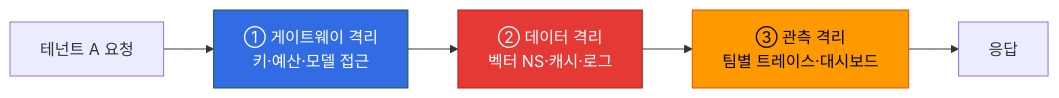
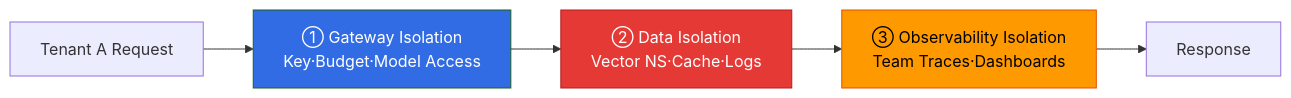
The second of 2 diagrams in docs/agentic-ai-platform/operations-mlops/governance/ai-gateway-multi-tenancy.md (devfloor9/engineering-playbook), drawn with Mermaid before and after one commit. The commit also changed other lines of this file and 954 other files, not shown here.

````diff
--- a/docs/agentic-ai-platform/operations-mlops/governance/ai-gateway-multi-tenancy.md
+++ b/docs/agentic-ai-platform/operations-mlops/governance/ai-gateway-multi-tenancy.md
@@ -198,11 +198,11 @@
 ```mermaid
 flowchart LR
-    REQ[테넌트 A 요청] --> L1[① 게이트웨이 격리<br/>키·예산·모델 접근]
-    L1 --> L2[② 데이터 격리<br/>벡터 NS·캐시·로그]
-    L2 --> L3[③ 관측 격리<br/>팀별 트레이스·대시보드]
-    L3 --> RESP[응답]
+    REQ[Tenant A Request] --> L1[① Gateway Isolation<br/>Key·Budget·Model Access]
+    L1 --> L2[② Data Isolation<br/>Vector NS·Cache·Logs]
+    L2 --> L3[③ Observability Isolation<br/>Team Traces·Dashboards]
+    L3 --> RESP[Response]
 
     style L1 fill:#326ce5,stroke:#1b5e20,color:#fff
     style L2 fill:#e53935,stroke:#b71c1c,color:#fff
     style L3 fill:#ff9900,stroke:#e65100,color:#000
 ```
````
